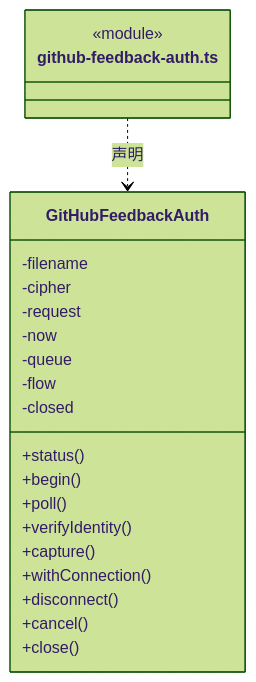
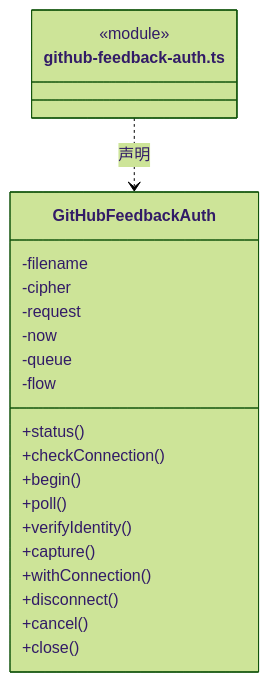
The fourth of 19 diagrams in src/backend/main/resources/ARCHITECTURE.md (nan023062/cbim), drawn with Mermaid (forest theme) before and after one commit. The commit also changed other lines of this file and 41 other files, not shown here.

````diff
--- a/src/backend/main/resources/ARCHITECTURE.md
+++ b/src/backend/main/resources/ARCHITECTURE.md
@@ -94,25 +94,25 @@
 ```mermaid
 classDiagram
 class N_src_backend_main_resources_github_feedback_auth_ts["github-feedback-auth.ts"] {
   <<module>>
 }
 class N_src_backend_main_resources_github_feedback_auth_ts_GitHubFeedbackAuth["GitHubFeedbackAuth"] {
   +status()
+  +checkConnection()
   +begin()
   +poll()
   +verifyIdentity()
   +capture()
   +withConnection()
   +disconnect()
   +cancel()
   +close()
   -filename
   -cipher
   -request
   -now
   -queue
   -flow
-  -closed
 }
 N_src_backend_main_resources_github_feedback_auth_ts ..> N_src_backend_main_resources_github_feedback_auth_ts_GitHubFeedbackAuth : 声明
 ```
````
